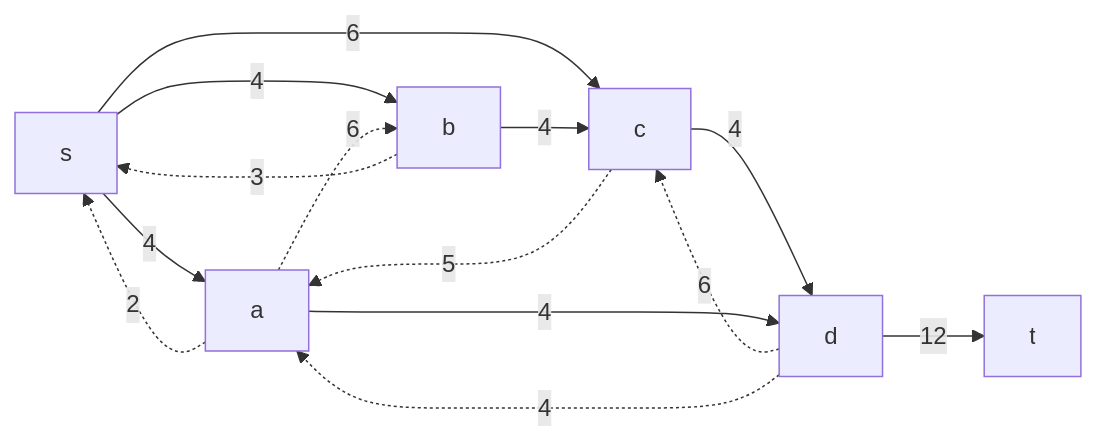
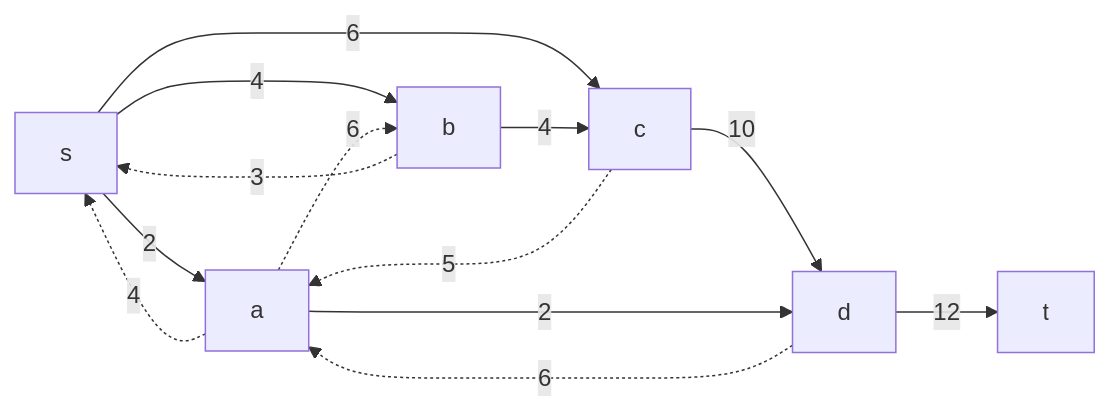
Before and after one commit to hse-algo-24-raven/manual-tasks-raven: diagram 14 of 16 in task-10/tbd_v3.md, drawn with Mermaid. The commit also changed other lines of this file, not shown here.

````diff
--- a/task-10/tbd_v3.md
+++ b/task-10/tbd_v3.md
@@ -241,12 +241,12 @@
 ```mermaid
 graph LR
-    s-->|4|a-.->|2|s
+    s-->|2|a-.->|4|s
     b-.->|3|s-->|4|b
     s-->|6|c
     a-.->|6|b
     b-->|4|c
-    d-.->|6|c-->|4|d
+    c-->|10|d
     c-.->|5|a
-    a-->|4|d-.->|4|a
+    a-->|2|d-.->|6|a
     d-->|12|t
 ```
````
